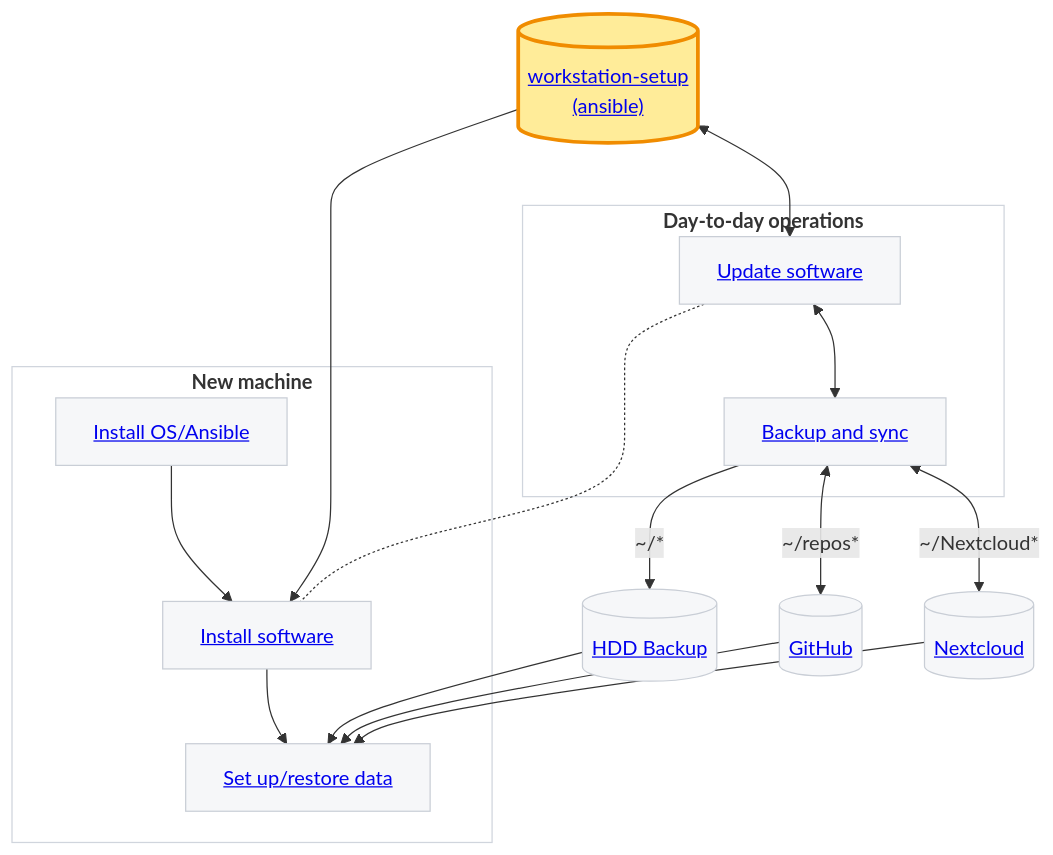
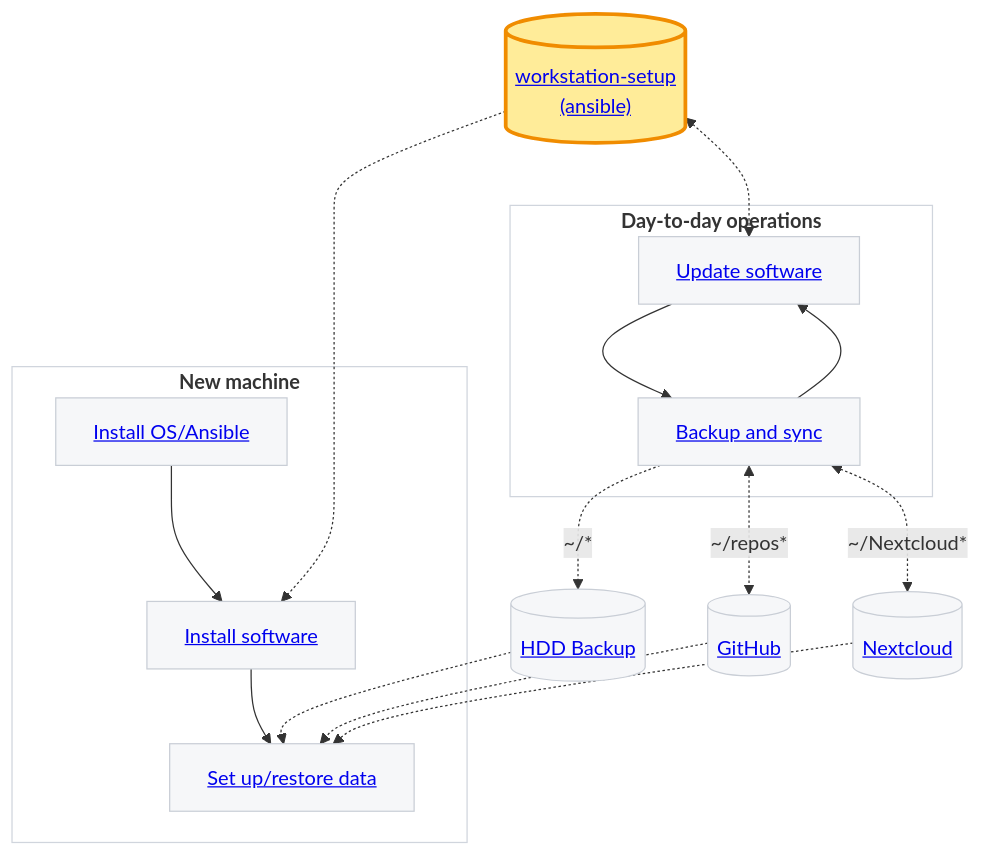
The diagram in docs/index.qmd (fs-ise/workstation-setup), drawn with Mermaid before and after one commit.

Commit message:
update lines

````diff
--- a/docs/index.qmd
+++ b/docs/index.qmd
@@ -21,43 +21,44 @@
 ```{mermaid}
 flowchart TD
   %% External infrastructure (outside the subgraphs)
   GH[(<a href='backup.html#github'>GitHub</a>)]
   BK[(<a href='backup.html#hdd-backup'>HDD Backup</a>)]
   NC[(<a href='backup.html#nextcloud'>Nextcloud</a>)]
   A[("<a href='https://github.com/fs-ise/workstation-setup'>workstation-setup<br/>(ansible)</a>")]
 
   %% Day-to-day flow
   subgraph Daily["<strong>Day-to-day operations</strong>"]
-     AUpd["<a href='update_software.html'>Update software</a>"] <--> S[<a href='backup.html'>Backup and sync</a>]
+     AUpd["<a href='update_software.html'>Update software</a>"] --> S[<a href='backup.html'>Backup and sync</a>]
+     S --> AUpd
   end
-  A <--> AUpd
-  S -- ~/* --> BK
-  S <-- ~/repos* --> GH
-  S <-- ~/Nextcloud* --> NC
+  A <-.-> AUpd
+
+  S -. "~/*" .-> BK
+  S <-. ~/repos* .-> GH
+  S <-. ~/Nextcloud* .-> NC
 
 
   %% New machine flow
   subgraph New["<strong>New machine</strong>"]
     OS[<a href='install_os.html'>Install OS/Ansible</a>]
     OS --> AInst["<a href='install_software.html'>Install software</a>"] --> R
     R[<a href='restore.html'>Set up/restore data</a>]
   end
-  A --> AInst
-  AUpd -.- AInst
+  A -.-> AInst
 
-  BK --> R
-  GH --> R
-  NC --> R
+  BK -.-> R
+  GH -.-> R
+  NC -.-> R
 
   %% Styling
   classDef highlight fill:#ffec99,stroke:#f08c00,stroke-width:3px,color:#1b1b1b;
   classDef muted fill:#f6f7f9,stroke:#c9ced6,stroke-width:1px,color:#2b2b2b;
 
   class A highlight;
   class GH,BK,NC,AUpd,S,OS,AInst,R muted;
 
   %% Optional: soften subgraph borders
   style Daily fill:#ffffff,stroke:#d0d5dd,stroke-width:1px;
   style New fill:#ffffff,stroke:#d0d5dd,stroke-width:1px;
 
 ```
````
